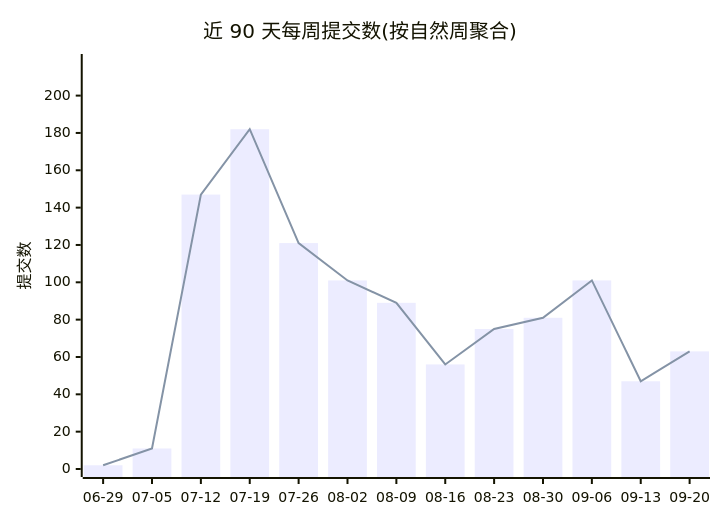
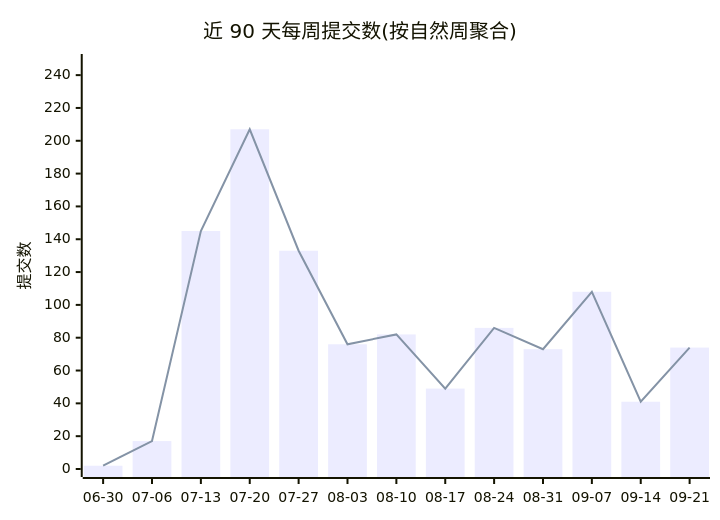
The first of 2 diagrams in profile/README.md (Conflux-Union/.github), drawn with Mermaid before and after one commit. The commit also changed other lines of this file and 1 other file, not shown here.

````diff
--- a/profile/README.md
+++ b/profile/README.md
@@ -44,8 +44,8 @@
 ```mermaid
 xychart-beta
     title "近 90 天每周提交数(按自然周聚合)"
-    x-axis ["06-29", "07-05", "07-12", "07-19", "07-26", "08-02", "08-09", "08-16", "08-23", "08-30", "09-06", "09-13", "09-20"]
-    y-axis "提交数" 0 --> 218
-    bar [2, 11, 147, 182, 121, 101, 89, 56, 75, 81, 101, 47, 63]
-    line [2, 11, 147, 182, 121, 101, 89, 56, 75, 81, 101, 47, 63]
+    x-axis ["06-30", "07-06", "07-13", "07-20", "07-27", "08-03", "08-10", "08-17", "08-24", "08-31", "09-07", "09-14", "09-21"]
+    y-axis "提交数" 0 --> 248
+    bar [2, 17, 145, 207, 133, 76, 82, 49, 86, 73, 108, 41, 74]
+    line [2, 17, 145, 207, 133, 76, 82, 49, 86, 73, 108, 41, 74]
 ```
````
